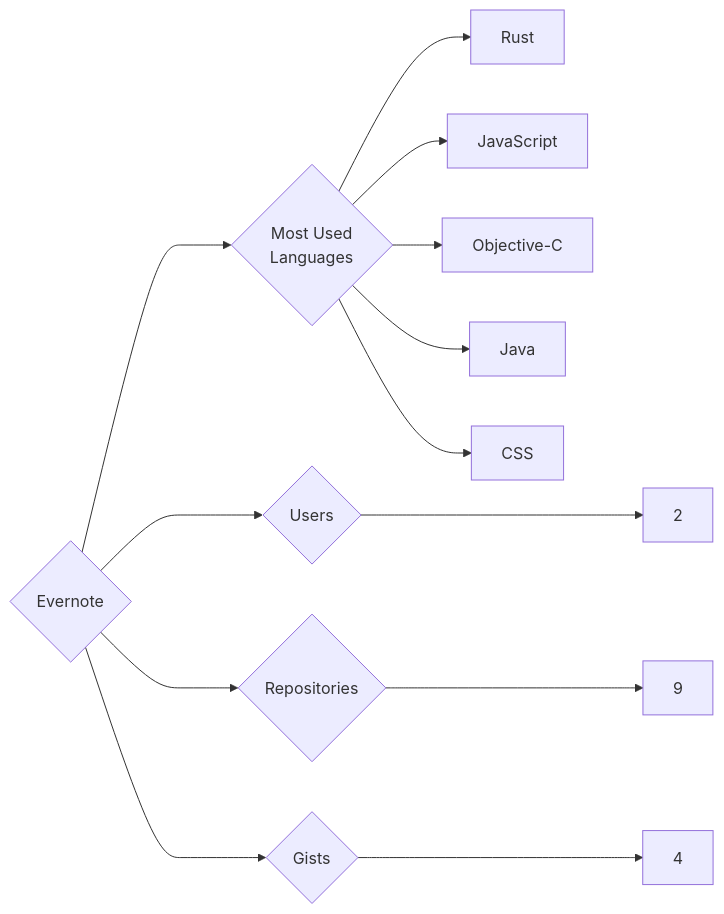
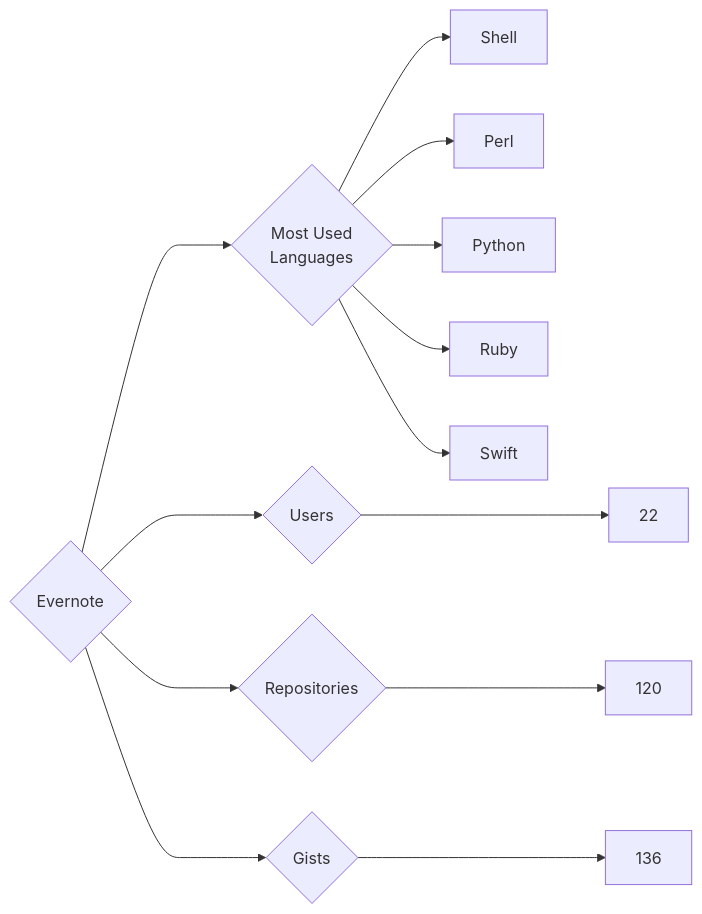
The diagram in targets/Evernote/README.md (trickest/insiders), drawn with Mermaid before and after one commit. The commit also changed 569 other files, not shown here.

````diff
--- a/targets/Evernote/README.md
+++ b/targets/Evernote/README.md
@@ -3,13 +3,13 @@
 ```mermaid
 graph LR
 COMPANY_NAME{Evernote}
-COMPANY_NAME ---> U{Users} ---> UN[2]
-COMPANY_NAME ---> R{Repositories} ---> RN[9]
-COMPANY_NAME ---> G{Gists} ---> GN[4]
+COMPANY_NAME ---> U{Users} ---> UN[22]
+COMPANY_NAME ---> R{Repositories} ---> RN[120]
+COMPANY_NAME ---> G{Gists} ---> GN[136]
 COMPANY_NAME ---> ML{Most Used<br>Languages}
-ML --> Rust[Rust]
-ML --> JavaScript[JavaScript]
-ML --> Objective-C[Objective-C]
-ML --> Java[Java]
-ML --> CSS[CSS]
+ML --> Shell[Shell]
+ML --> Perl[Perl]
+ML --> Python[Python]
+ML --> Ruby[Ruby]
+ML --> Swift[Swift]
 ```
````
